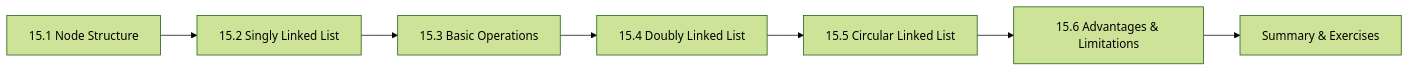
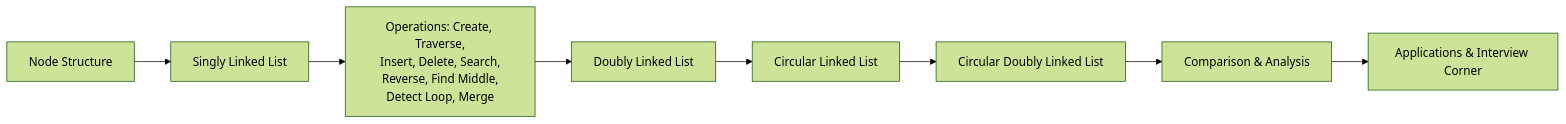
One commit to Raushan666java/ai-engineering-journey changed the diagram in docs/courses/c-programming/15-linked-lists.md. Above: the diagram before and after it, drawn with Mermaid (forest theme). The commit also changed other lines of this file and 23 other files, not shown here.

````diff
--- a/docs/courses/c-programming/15-linked-lists.md
+++ b/docs/courses/c-programming/15-linked-lists.md
@@ -25,9 +33,10 @@
 ```mermaid
 flowchart LR
-    A["15.1 Node Structure"] --> B["15.2 Singly Linked List"]
-    B --> C["15.3 Basic Operations"]
-    C --> D["15.4 Doubly Linked List"]
-    D --> E["15.5 Circular Linked List"]
-    E --> F["15.6 Advantages & Limitations"]
-    F --> G["Summary & Exercises"]
+    A["Node Structure"] --> B["Singly Linked List"]
+    B --> C["Operations: Create, Traverse,\nInsert, Delete, Search,\nReverse, Find Middle,\nDetect Loop, Merge"]
+    C --> D["Doubly Linked List"]
+    D --> E["Circular Linked List"]
+    E --> F["Circular Doubly Linked List"]
+    F --> G["Comparison & Analysis"]
+    G --> H["Applications & Interview Corner"]
 ```
````
